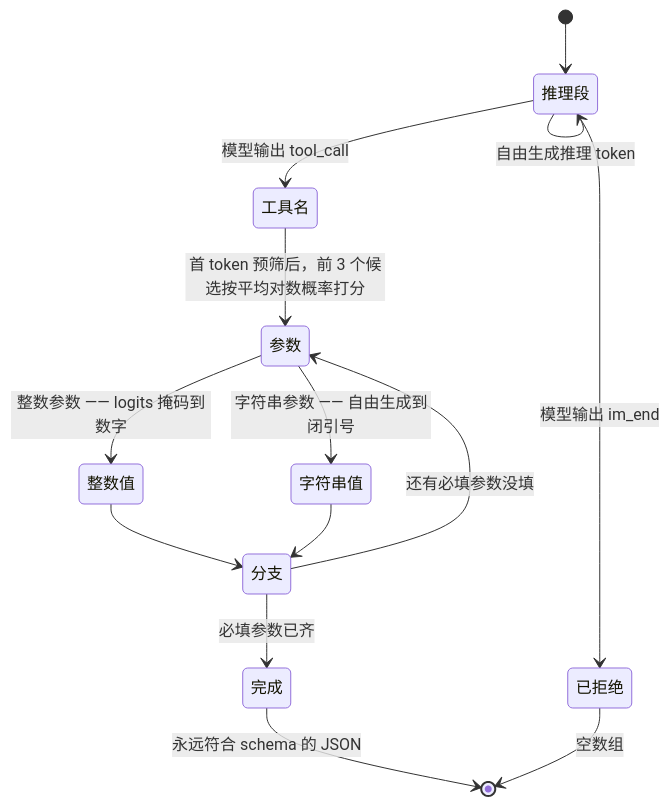
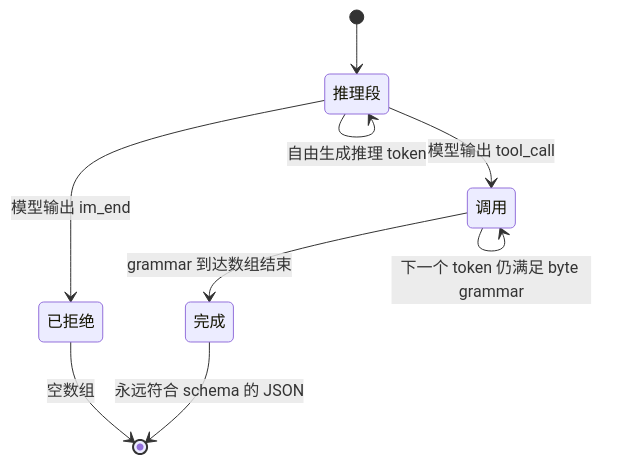
Before and after one commit to memovai/mimimodel: the third of 5 diagrams in README_CN.md, drawn with Mermaid. The commit also changed other lines of this file and 57 other files, not shown here.

````diff
--- a/README_CN.md
+++ b/README_CN.md
@@ -204,16 +204,11 @@
 ```mermaid
 stateDiagram-v2
     [*] --> 推理段
     推理段 --> 推理段 : 自由生成推理 token
     推理段 --> 已拒绝 : 模型输出 im_end
-    推理段 --> 工具名 : 模型输出 tool_call
-    工具名 --> 参数 : 首 token 预筛后，前 3 个候选按平均对数概率打分
-    参数 --> 整数值 : 整数参数 —— logits 掩码到数字
-    参数 --> 字符串值 : 字符串参数 —— 自由生成到闭引号
-    整数值 --> 分支
-    字符串值 --> 分支
-    分支 --> 参数 : 还有必填参数没填
-    分支 --> 完成 : 必填参数已齐
+    推理段 --> 调用 : 模型输出 tool_call
+    调用 --> 调用 : 下一个 token 仍满足 byte grammar
+    调用 --> 完成 : grammar 到达数组结束
     完成 --> [*] : 永远符合 schema 的 JSON
     已拒绝 --> [*] : 空数组
 ```
````
